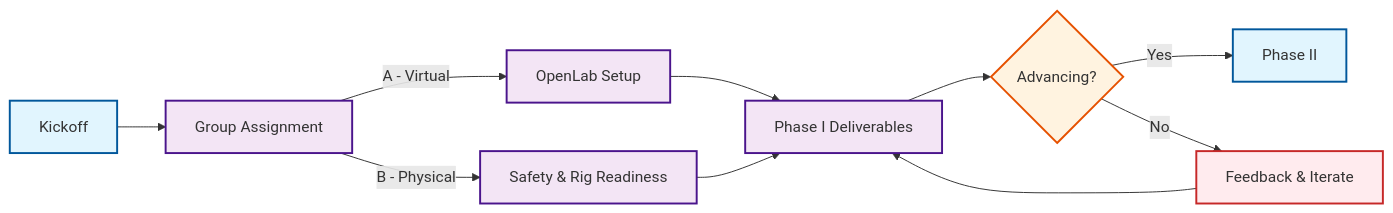
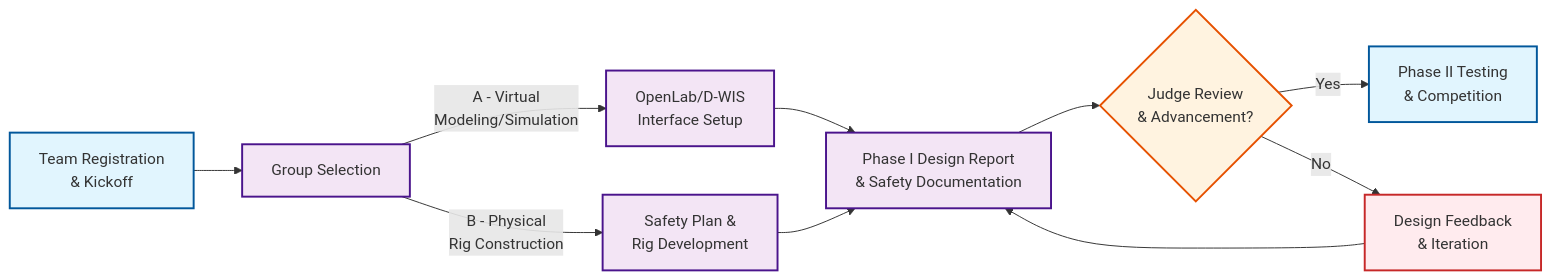
One commit to Open-Source-Drilling-Community/drillbotics-guidelines changed the diagram in docs/index.md. Above: the diagram before and after it, drawn with Mermaid. The commit also changed other lines of this file, not shown here.

Commit message:
📝 docs(index): update competition rules wording and flowchart
- simplify header from "Canonical competition rules and resources" to "Competition rules and resources"
- clarify flowchart nodes with detailed descriptions for team registration, group selection, setup, deliverables, review, and feedback steps
- improve readability by adding line breaks and specifying phases and actions more explicitly

````diff
--- a/docs/index.md
+++ b/docs/index.md
@@ -17,22 +17,22 @@
 ```mermaid
 graph LR
-    A[Kickoff] --> B[Group Assignment]
-    B -->|A - Virtual| C[OpenLab Setup]
-    B -->|B - Physical| D[Safety & Rig Readiness]
-    C --> E[Phase I Deliverables]
+    A[Team Registration<br/>& Kickoff] --> B[Group Selection]
+    B -->|A - Virtual<br/>Modeling/Simulation| C[OpenLab/D-WIS<br/>Interface Setup]
+    B -->|B - Physical<br/>Rig Construction| D[Safety Plan &<br/>Rig Development]
+    C --> E[Phase I Design Report<br/>& Safety Documentation]
     D --> E
-    E --> F{Advancing?}
-    F -->|Yes| G[Phase II]
-    F -->|No| H[Feedback & Iterate]
+    E --> F{Judge Review<br/>& Advancement?}
+    F -->|Yes| G[Phase II Testing<br/>& Competition]
+    F -->|No| H[Design Feedback<br/>& Iteration]
     H --> E
     
     classDef startEnd fill:#e1f5fe,stroke:#01579b,stroke-width:2px
     classDef decision fill:#fff3e0,stroke:#e65100,stroke-width:2px
     classDef process fill:#f3e5f5,stroke:#4a148c,stroke-width:2px
     classDef feedback fill:#ffebee,stroke:#c62828,stroke-width:2px
     
     class A,G startEnd
     class F decision
     class B,C,D,E process
     class H feedback
 ```
````
